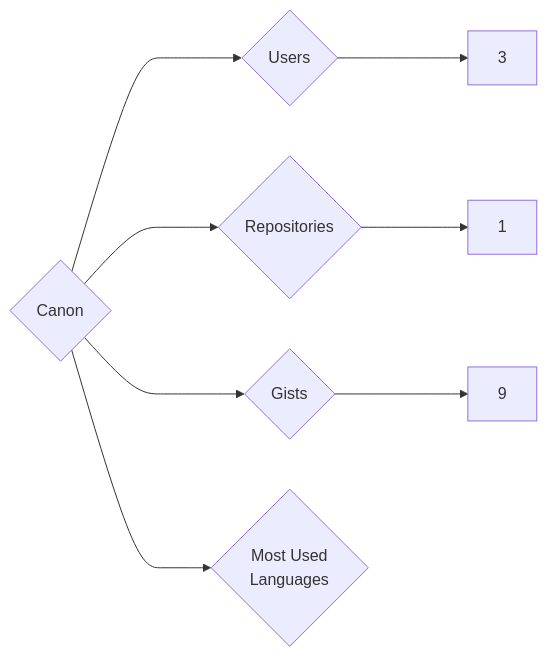
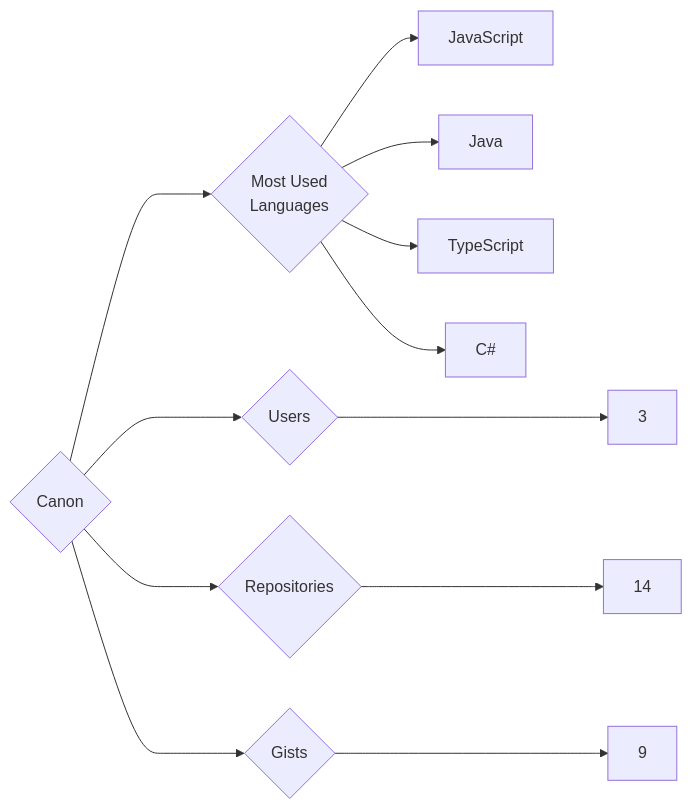
One commit to trickest/insiders changed the diagram in targets/Canon/README.md. Above: the diagram before and after it, drawn with Mermaid. The commit also changed 985 other files, not shown here.

````diff
--- a/targets/Canon/README.md
+++ b/targets/Canon/README.md
@@ -3,8 +3,12 @@
 ```mermaid
 graph LR
 COMPANY_NAME{Canon}
 COMPANY_NAME ---> U{Users} ---> UN[3]
-COMPANY_NAME ---> R{Repositories} ---> RN[1]
+COMPANY_NAME ---> R{Repositories} ---> RN[14]
 COMPANY_NAME ---> G{Gists} ---> GN[9]
 COMPANY_NAME ---> ML{Most Used<br>Languages}
+ML --> JavaScript[JavaScript]
+ML --> Java[Java]
+ML --> TypeScript[TypeScript]
+ML --> C#[C#]
 ```
````
